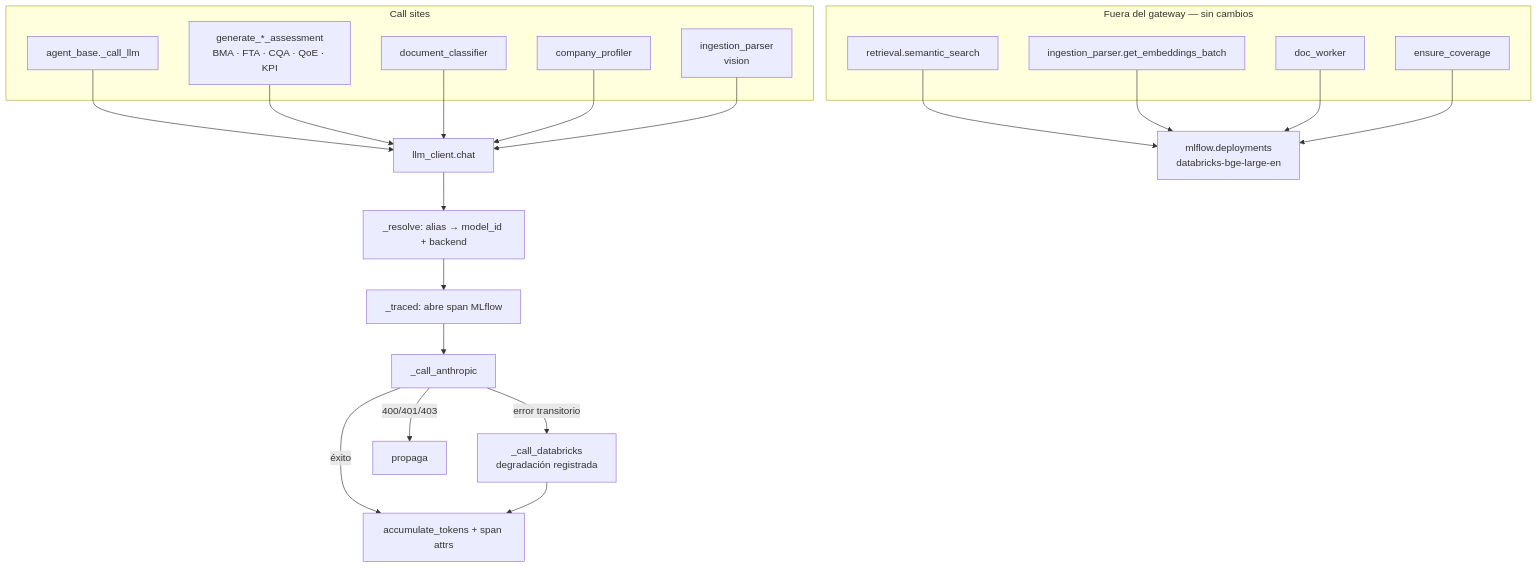
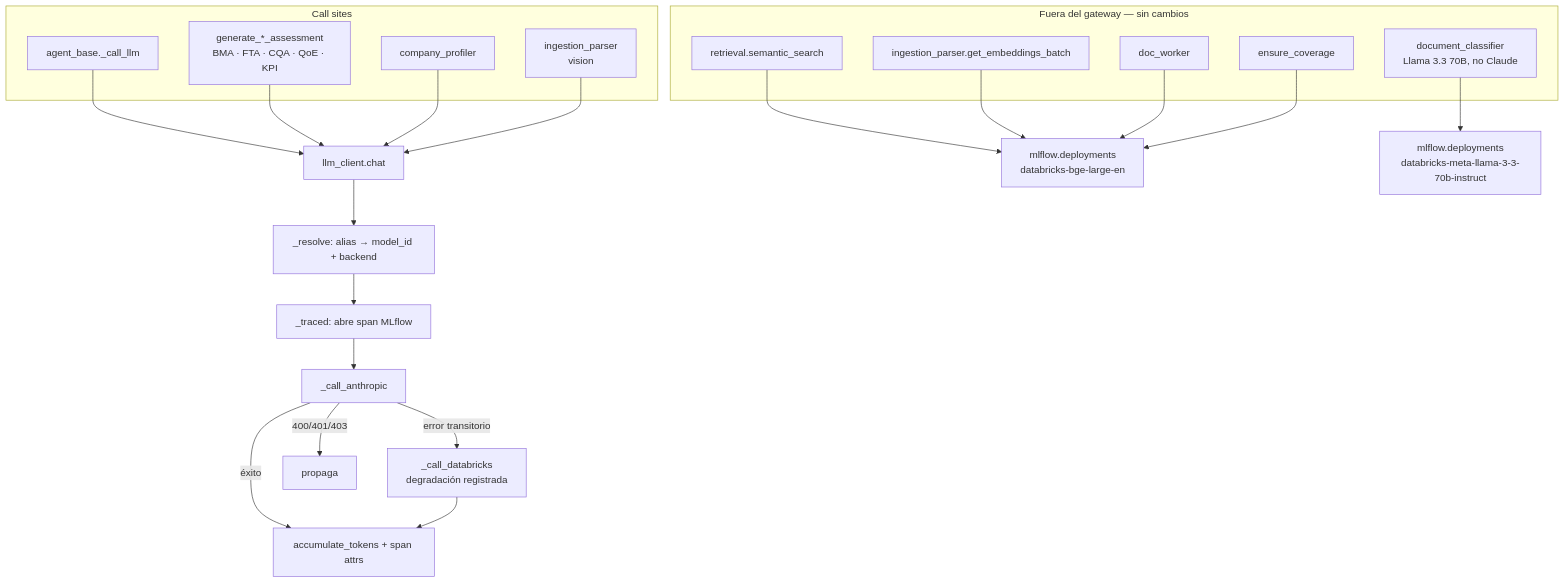
One commit to alegarayf/uc-13-ale changed the diagram in .specs/features/anthropic-sdk-migration/design.md. Above: the diagram before and after it, drawn with Mermaid. The commit also changed other lines of this file and 4 other files, not shown here.

First line of the commit message:
docs(spec): exclude the Llama-backed document classifier from the migration

````diff
--- a/.specs/features/anthropic-sdk-migration/design.md
+++ b/.specs/features/anthropic-sdk-migration/design.md
@@ -29,35 +31,35 @@
 ```mermaid
 graph TD
     subgraph Call sites
         A1[agent_base._call_llm]
         A2["generate_*_assessment<br/>BMA · FTA · CQA · QoE · KPI"]
-        A3[document_classifier]
         A4[company_profiler]
         A5["ingestion_parser<br/>vision"]
     end
 
     A1 --> GW[llm_client.chat]
     A2 --> GW
-    A3 --> GW
     A4 --> GW
     A5 --> GW
 
     GW --> RES[_resolve: alias → model_id + backend]
     RES --> SPAN[_traced: abre span MLflow]
     SPAN --> ANT[_call_anthropic]
     ANT -- éxito --> ACC[accumulate_tokens + span attrs]
     ANT -- error transitorio --> FB["_call_databricks<br/>degradación registrada"]
     ANT -- 400/401/403 --> RAISE[propaga]
     FB --> ACC
 
     subgraph "Fuera del gateway — sin cambios"
         E1[retrieval.semantic_search]
         E2[ingestion_parser.get_embeddings_batch]
         E3[doc_worker]
         E4[ensure_coverage]
+        E5["document_classifier<br/>Llama 3.3 70B, no Claude"]
     end
     E1 --> DEP["mlflow.deployments<br/>databricks-bge-large-en"]
     E2 --> DEP
     E3 --> DEP
     E4 --> DEP
+    E5 --> DEP2["mlflow.deployments<br/>databricks-meta-llama-3-3-70b-instruct"]
 ```
````
